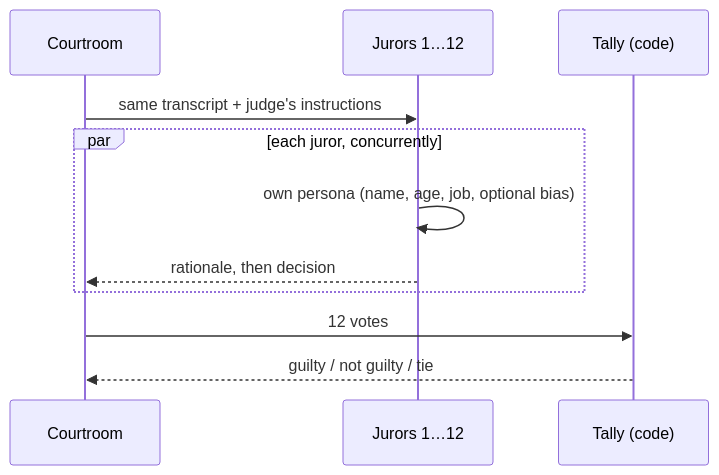
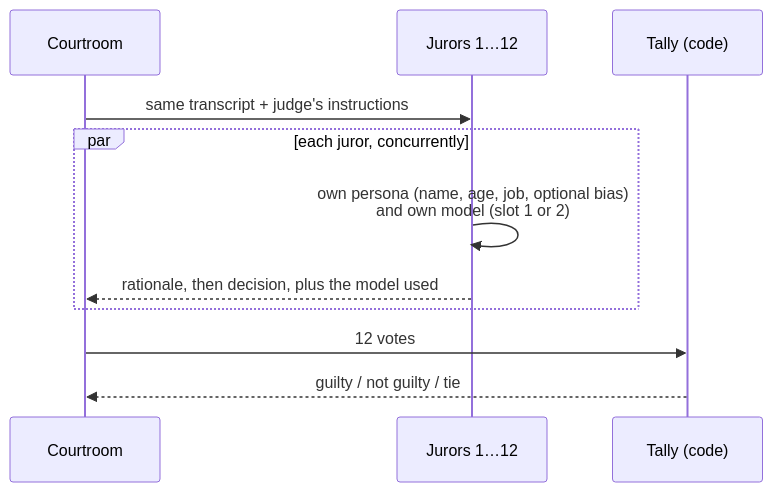
Before and after one commit to filbezerianos/portfolio-deep-dives: the second of 2 diagrams in projects/ai-court-simulator-deep-dive.md, drawn with Mermaid. The commit also changed other lines of this file, not shown here.

First line of the commit message:
Update AI Court Simulator deep dive for multi-model selection

````diff
--- a/projects/ai-court-simulator-deep-dive.md
+++ b/projects/ai-court-simulator-deep-dive.md
@@ -77,14 +94,14 @@
 ```mermaid
 sequenceDiagram
     participant UI as Courtroom
     participant J as Jurors 1…12
     participant T as Tally (code)
 
     UI->>J: same transcript + judge's instructions
     par each juror, concurrently
-        J->>J: own persona (name, age, job, optional bias)
-        J-->>UI: rationale, then decision
+        J->>J: own persona (name, age, job, optional bias)<br/>and own model (slot 1 or 2)
+        J-->>UI: rationale, then decision, plus the model used
     end
     UI->>T: 12 votes
     T-->>UI: guilty / not guilty / tie
 ```
````
